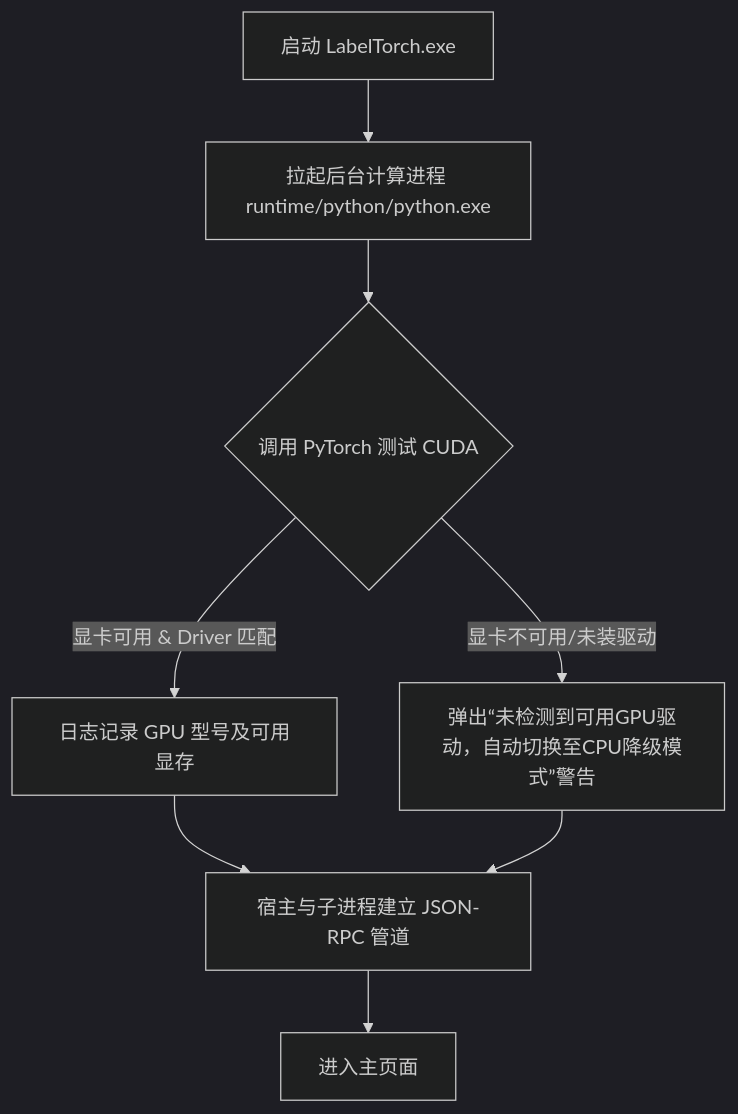
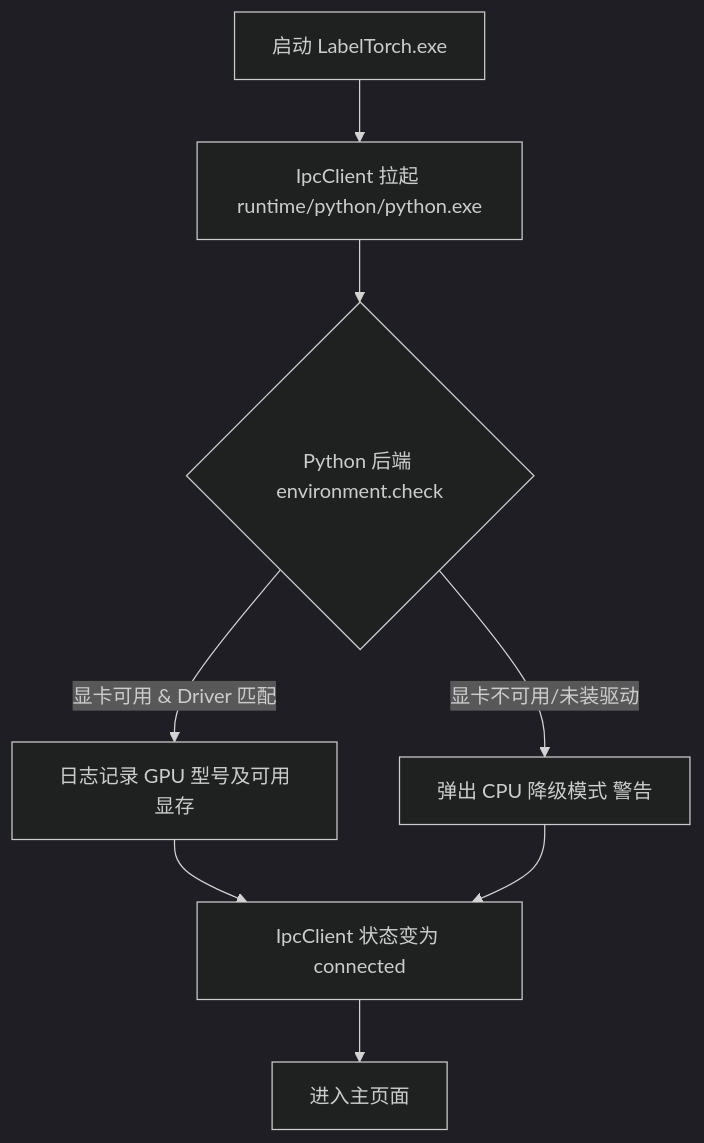
Before and after one commit to zsszhp/LabelTorchV: the diagram in docs/industry_standards.md, drawn with Mermaid (dark theme). The commit also changed other lines of this file and 6 other files, not shown here.

Commit message:
docs: 更新架构文档、蓝图、行业标准、MVP PRD等7份设计文档

````diff
--- a/docs/industry_standards.md
+++ b/docs/industry_standards.md
@@ -131,10 +139,10 @@
 ```mermaid
 graph TD
-    A[启动 LabelTorch.exe] --> B[拉起后台计算进程 runtime/python/python.exe]
-    B --> C{调用 PyTorch 测试 CUDA}
+    A[启动 LabelTorch.exe] --> B[IpcClient 拉起 runtime/python/python.exe]
+    B --> C{Python 后端 environment.check}
     C -->|显卡可用 & Driver 匹配| D[日志记录 GPU 型号及可用显存]
-    C -->|显卡不可用/未装驱动| E[弹出“未检测到可用GPU驱动，自动切换至CPU降级模式”警告]
-    D --> F[宿主与子进程建立 JSON-RPC 管道]
+    C -->|显卡不可用/未装驱动| E[弹出 CPU 降级模式 警告]
+    D --> F[IpcClient 状态变为 connected]
     E --> F
     F --> G[进入主页面]
 ```
````
